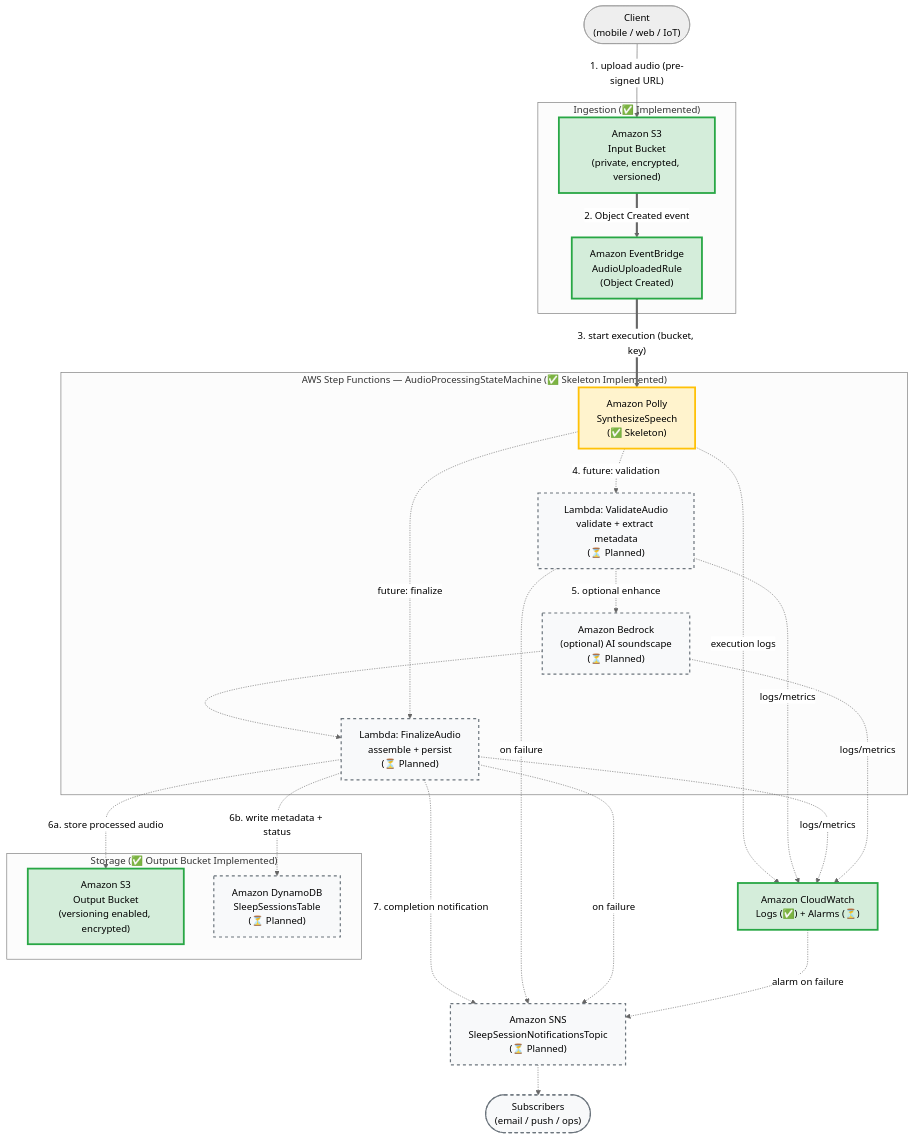
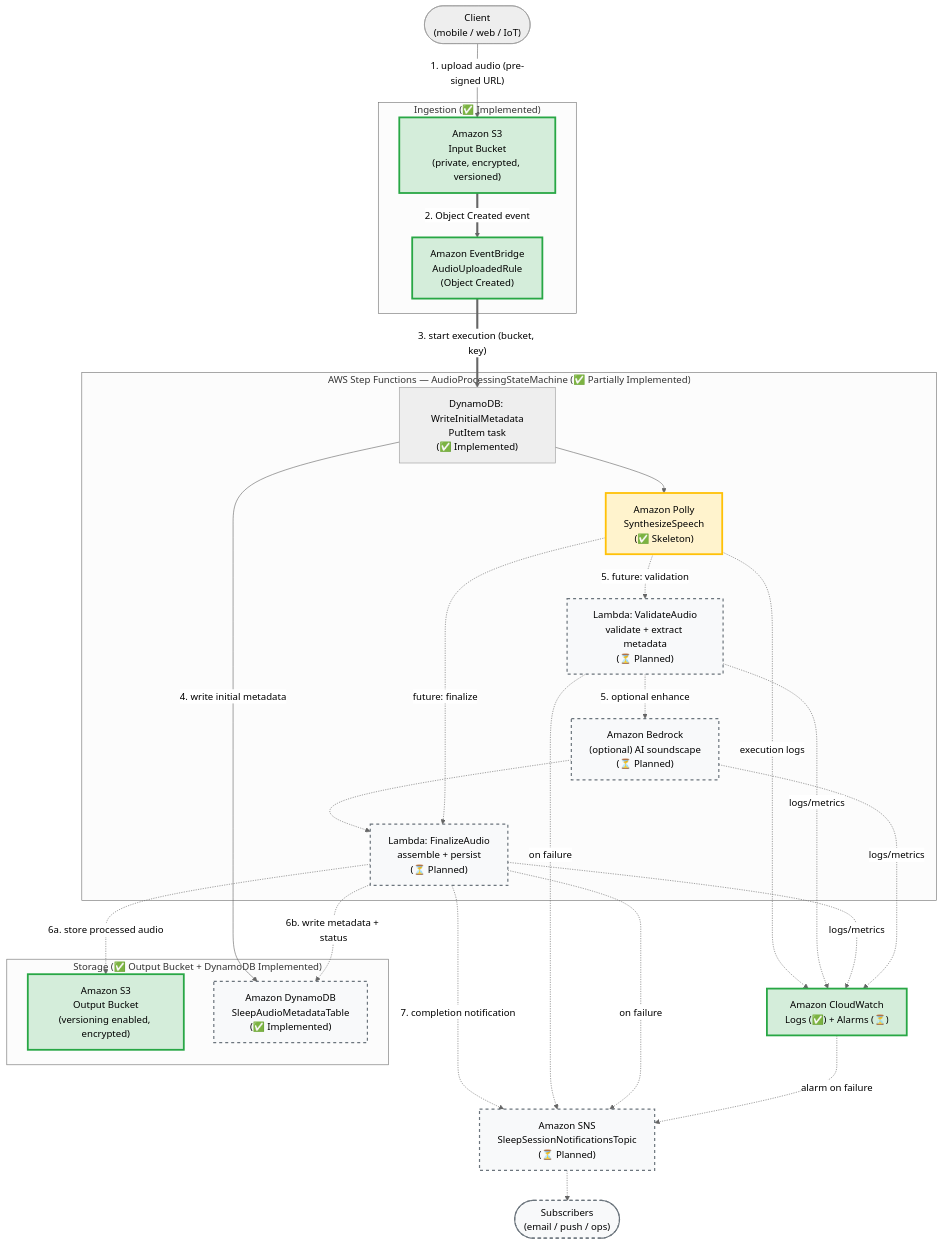
The diagram in ARCHITECTURE.md (obstreperous-ai/cdk-sleep-go-copilot), drawn with Mermaid (neutral theme) before and after one commit. The commit also changed other lines of this file and 2 other files, not shown here.

First line of the commit message:
feat: add DynamoDB metadata table with state machine integration (Issue #5)

````diff
--- a/ARCHITECTURE.md
+++ b/ARCHITECTURE.md
@@ -225,53 +259,56 @@
 ```mermaid
 flowchart TD
     Client(["Client<br/>(mobile / web / IoT)"])
 
     subgraph Ingestion ["Ingestion (✅ Implemented)"]
         S3In["Amazon S3<br/>Input Bucket<br/>(private, encrypted, versioned)"]
         EB["Amazon EventBridge<br/>AudioUploadedRule<br/>(Object Created)"]
     end
 
-    subgraph Processing["AWS Step Functions — AudioProcessingStateMachine (✅ Skeleton Implemented)"]
+    subgraph Processing["AWS Step Functions — AudioProcessingStateMachine (✅ Partially Implemented)"]
+        WriteMeta["DynamoDB: WriteInitialMetadata<br/>PutItem task<br/>(✅ Implemented)"]
         Validate["Lambda: ValidateAudio<br/>validate + extract metadata<br/>(⏳ Planned)"]
         Polly["Amazon Polly<br/>SynthesizeSpeech<br/>(✅ Skeleton)"]
         Bedrock["Amazon Bedrock<br/>(optional) AI soundscape<br/>(⏳ Planned)"]
         Finalize["Lambda: FinalizeAudio<br/>assemble + persist<br/>(⏳ Planned)"]
     end
 
-    subgraph Storage ["Storage (✅ Output Bucket Implemented)"]
+    subgraph Storage ["Storage (✅ Output Bucket + DynamoDB Implemented)"]
         S3Out["Amazon S3<br/>Output Bucket<br/>(versioning enabled, encrypted)"]
-        DDB["Amazon DynamoDB<br/>SleepSessionsTable<br/>(⏳ Planned)"]
+        DDB["Amazon DynamoDB<br/>SleepAudioMetadataTable<br/>(✅ Implemented)"]
     end
 
     SNS["Amazon SNS<br/>SleepSessionNotificationsTopic<br/>(⏳ Planned)"]
     CW["Amazon CloudWatch<br/>Logs (✅) + Alarms (⏳)"]
     Subs(["Subscribers<br/>(email / push / ops)"])
 
     Client -- "1. upload audio (pre-signed URL)" --> S3In
     S3In == "2. Object Created event" ==> EB
-    EB == "3. start execution (bucket, key)" ==> Polly
-    Polly -. "4. future: validation" .-> Validate
+    EB == "3. start execution (bucket, key)" ==> WriteMeta
+    WriteMeta -- "4. write initial metadata" --> DDB
+    WriteMeta --> Polly
+    Polly -. "5. future: validation" .-> Validate
     Validate -. "5. optional enhance" .-> Bedrock
     Bedrock -.-> Finalize
     Polly -. "future: finalize" .-> Finalize
     Finalize -. "6a. store processed audio" .-> S3Out
     Finalize -. "6b. write metadata + status" .-> DDB
     Finalize -. "7. completion notification" .-> SNS
     Validate -. "on failure" .-> SNS
     Finalize -. "on failure" .-> SNS
     SNS -.-> Subs
 
     Polly -. "execution logs" .-> CW
     Validate -. "logs/metrics" .-> CW
     Finalize -. "logs/metrics" .-> CW
     Bedrock -. "logs/metrics" .-> CW
     CW -. "alarm on failure" .-> SNS
     
     classDef implemented fill:#d4edda,stroke:#28a745,stroke-width:3px;
     classDef skeleton fill:#fff3cd,stroke:#ffc107,stroke-width:3px;
     classDef planned fill:#f8f9fa,stroke:#6c757d,stroke-width:2px,stroke-dasharray: 5 5;
     
     class S3In,EB,S3Out,CW implemented;
     class Polly skeleton;
     class Validate,Bedrock,Finalize,DDB,SNS,Subs planned;
 ```
````
